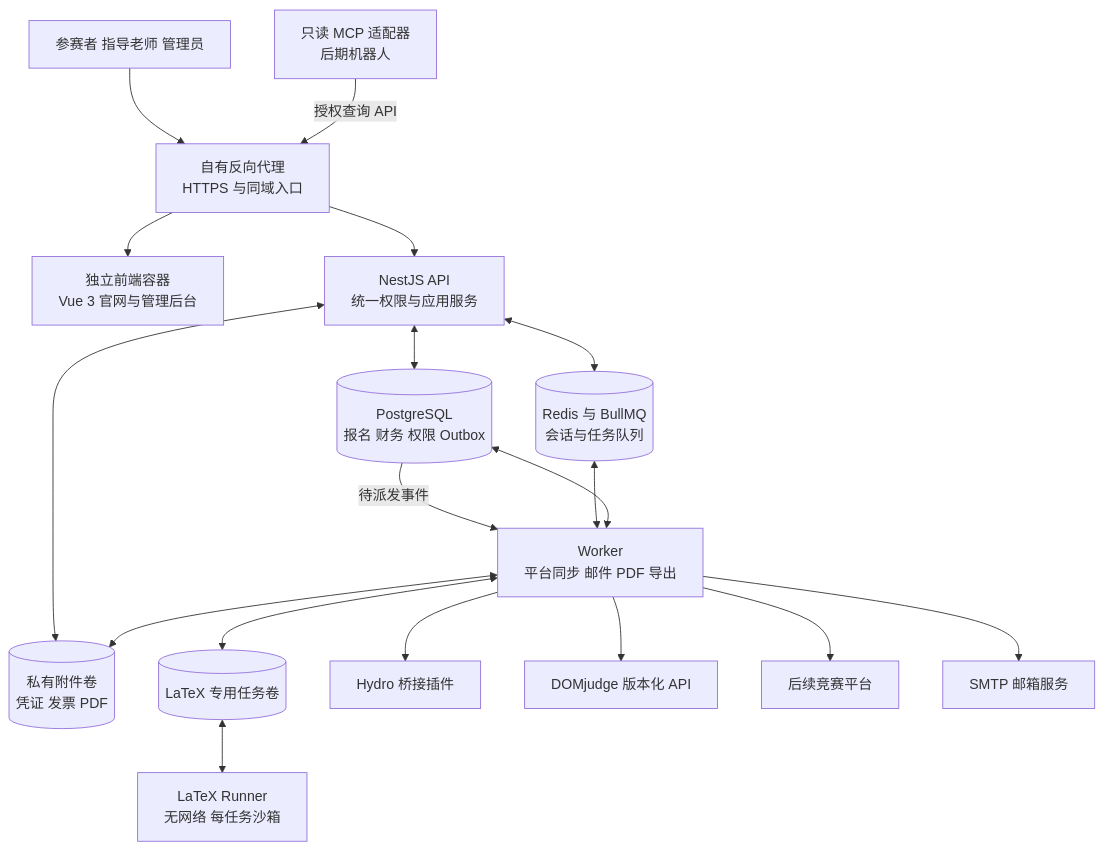
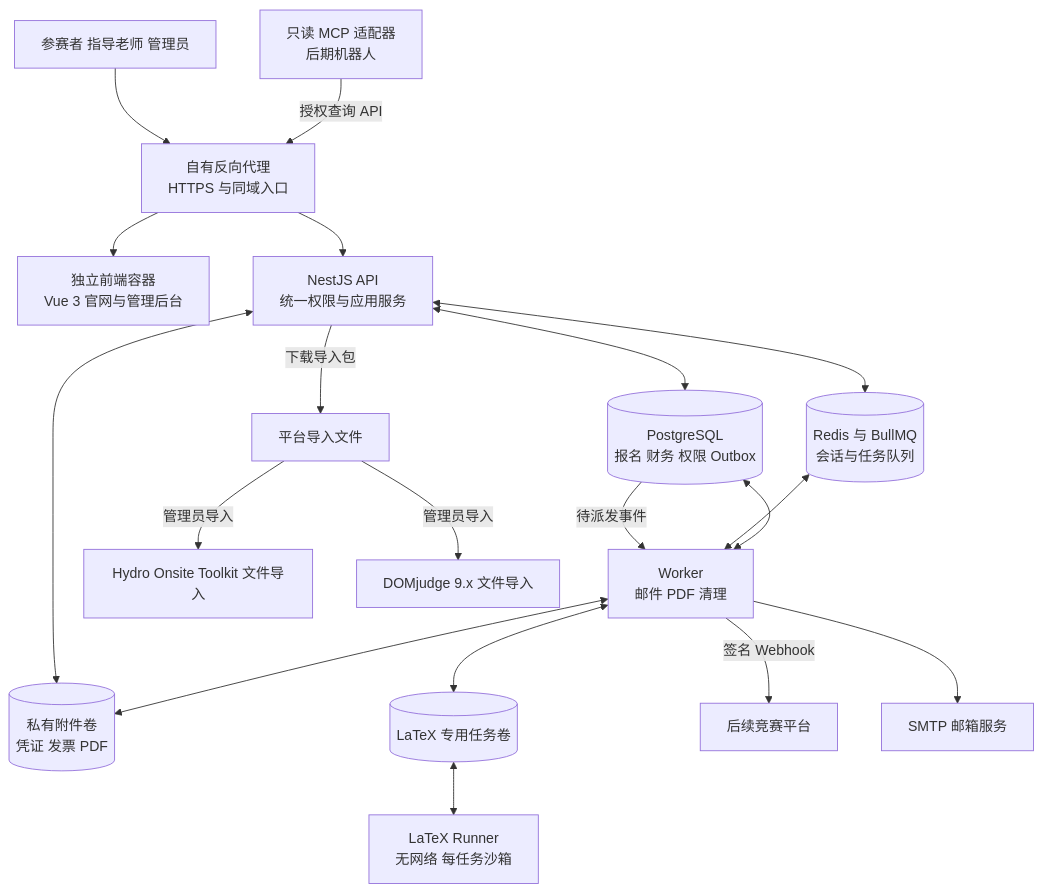
One commit to Albert-Li-Sz/NXOPA-RegSYS changed the first of 3 diagrams in docs/ARCHITECTURE.md. Above: the diagram before and after it, drawn with Mermaid. The commit also changed other lines of this file and 98 other files, not shown here.

````diff
--- a/docs/ARCHITECTURE.md
+++ b/docs/ARCHITECTURE.md
@@ -9,36 +9,37 @@
 ```mermaid
 flowchart TB
     Browser[参赛者 指导老师 管理员]
     MCP[只读 MCP 适配器\n后期机器人]
     Gateway[自有反向代理\nHTTPS 与同域入口]
     Web[独立前端容器\nVue 3 官网与管理后台]
     API[NestJS API\n统一权限与应用服务]
     PG[(PostgreSQL\n报名 财务 权限 Outbox)]
     Redis[(Redis 与 BullMQ\n会话与任务队列)]
     Files[(私有附件卷\n凭证 发票 PDF)]
-    Worker[Worker\n平台同步 邮件 PDF 导出]
+    Worker[Worker\n邮件 PDF 清理]
     Spool[(LaTeX 专用任务卷)]
     LaTeX[LaTeX Runner\n无网络 每任务沙箱]
-    Hydro[Hydro 桥接插件]
-    DJ[DOMjudge 版本化 API]
+    Hydro[Hydro Onsite Toolkit 文件导入]
+    DJ[DOMjudge 9.x 文件导入]
     Partner[后续竞赛平台]
     Mail[SMTP 邮箱服务]
 
     Browser --> Gateway
     Gateway --> Web
     Gateway --> API
     MCP -->|授权查询 API| Gateway
     API <--> PG
     API <--> Redis
     API <--> Files
     PG -->|待派发事件| Worker
     Redis <--> Worker
     Worker <--> PG
     Worker <--> Files
     Worker <--> Spool
     Spool <--> LaTeX
-    Worker --> Hydro
-    Worker --> DJ
-    Worker --> Partner
+    API -->|下载导入包| ImportFiles[平台导入文件]
+    ImportFiles -->|管理员导入| Hydro
+    ImportFiles -->|管理员导入| DJ
+    Worker -->|签名 Webhook| Partner
     Worker --> Mail
 ```
````
